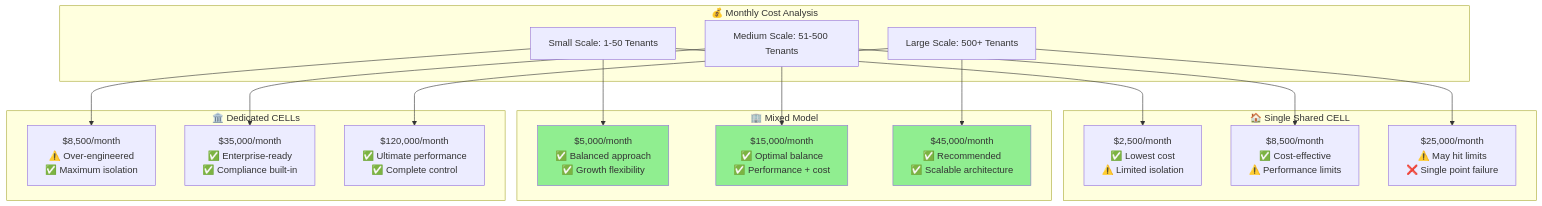
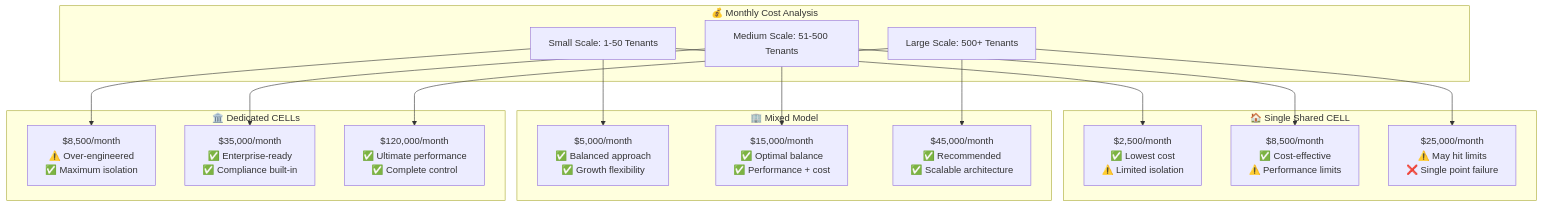
One commit to srnichols/StampsPattern changed the first of 9 diagrams in docs/COST_OPTIMIZATION_GUIDE.md. Above: the diagram before and after it, drawn with Mermaid. The commit also changed other lines of this file and 10 other files, not shown here.

Commit message:
docs: add Mermaid theme sample with per-diagram init (neutral/dark)

````diff
--- a/docs/COST_OPTIMIZATION_GUIDE.md
+++ b/docs/COST_OPTIMIZATION_GUIDE.md
@@ -117,40 +117,37 @@
 ```mermaid
 graph TB
     subgraph "💰 Monthly Cost Analysis"
         A[Small Scale: 1-50 Tenants]
         B[Medium Scale: 51-500 Tenants]
         C[Large Scale: 500+ Tenants]
     end
     
     subgraph "🏠 Single Shared CELL"
         A1[$2,500/month<br/>✅ Lowest cost<br/>⚠️ Limited isolation]
         B1[$8,500/month<br/>✅ Cost-effective<br/>⚠️ Performance limits]
         C1[$25,000/month<br/>⚠️ May hit limits<br/>❌ Single point failure]
     end
     
     subgraph "🏢 Mixed Model"
         A2[$5,000/month<br/>✅ Balanced approach<br/>✅ Growth flexibility]
         B2[$15,000/month<br/>✅ Optimal balance<br/>✅ Performance + cost]
         C2[$45,000/month<br/>✅ Recommended<br/>✅ Scalable architecture]
     end
     
     subgraph "🏛️ Dedicated CELLs"
         A3[$8,500/month<br/>⚠️ Over-engineered<br/>✅ Maximum isolation]
         B3[$35,000/month<br/>✅ Enterprise-ready<br/>✅ Compliance built-in]
         C3[$120,000/month<br/>✅ Ultimate performance<br/>✅ Complete control]
     end
     
     A --> A1
     A --> A2
     A --> A3
     B --> B1
     B --> B2
     B --> B3
     C --> C1
     C --> C2
     C --> C3
-    
-    style A2 fill:#90EE90
-    style B2 fill:#90EE90
-    style C2 fill:#90EE90
+
 ```
````
